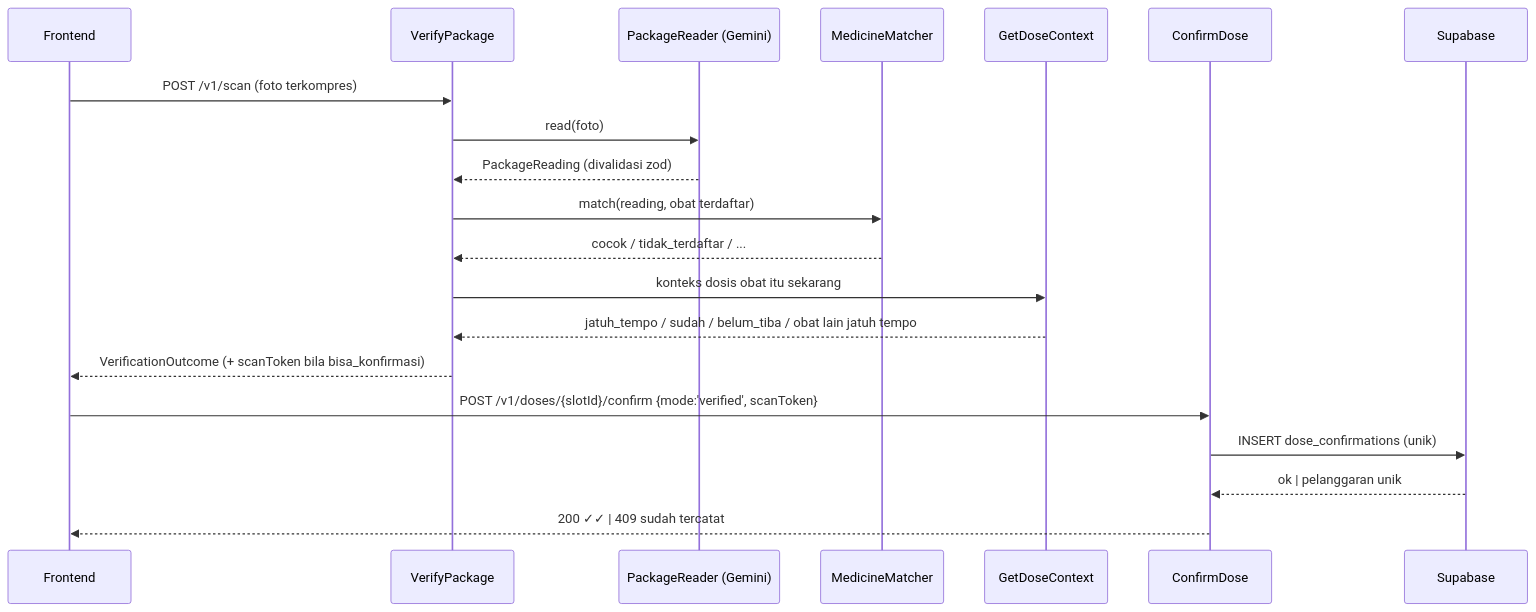
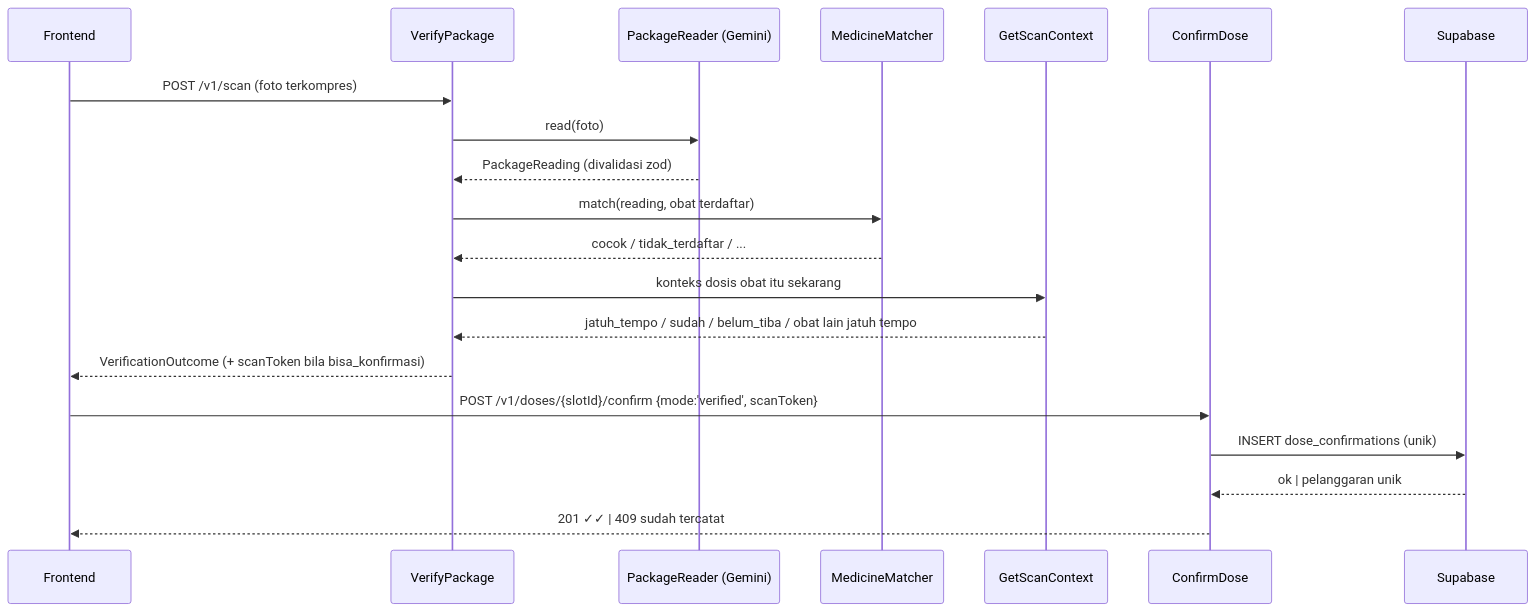
The fourth of 6 diagrams in docs/03-system-design-backend.md (Ammartriwahyu/MOSA), drawn with Mermaid before and after one commit. The commit also changed other lines of this file and 3 other files, not shown here.

````diff
--- a/docs/03-system-design-backend.md
+++ b/docs/03-system-design-backend.md
@@ -324,23 +324,23 @@
 ```mermaid
 sequenceDiagram
   participant FE as Frontend
   participant V as VerifyPackage
   participant AI as PackageReader (Gemini)
   participant M as MedicineMatcher
-  participant D as GetDoseContext
+  participant D as GetScanContext
   participant K as ConfirmDose
   participant DB as Supabase
 
   FE->>V: POST /v1/scan (foto terkompres)
   V->>AI: read(foto)
   AI-->>V: PackageReading (divalidasi zod)
   V->>M: match(reading, obat terdaftar)
   M-->>V: cocok / tidak_terdaftar / ...
   V->>D: konteks dosis obat itu sekarang
   D-->>V: jatuh_tempo / sudah / belum_tiba / obat lain jatuh tempo
   V-->>FE: VerificationOutcome (+ scanToken bila bisa_konfirmasi)
   FE->>K: POST /v1/doses/{slotId}/confirm {mode:'verified', scanToken}
   K->>DB: INSERT dose_confirmations (unik)
   DB-->>K: ok | pelanggaran unik
-  K-->>FE: 200 ✓✓ | 409 sudah tercatat
+  K-->>FE: 201 ✓✓ | 409 sudah tercatat
 ```
````
